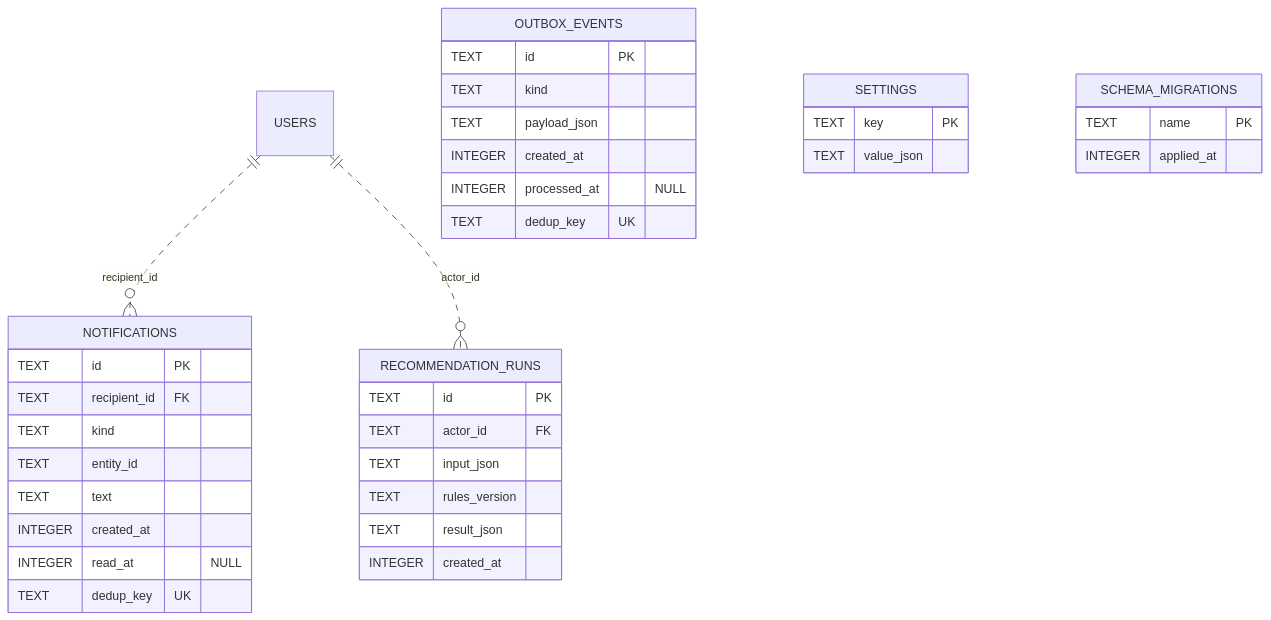
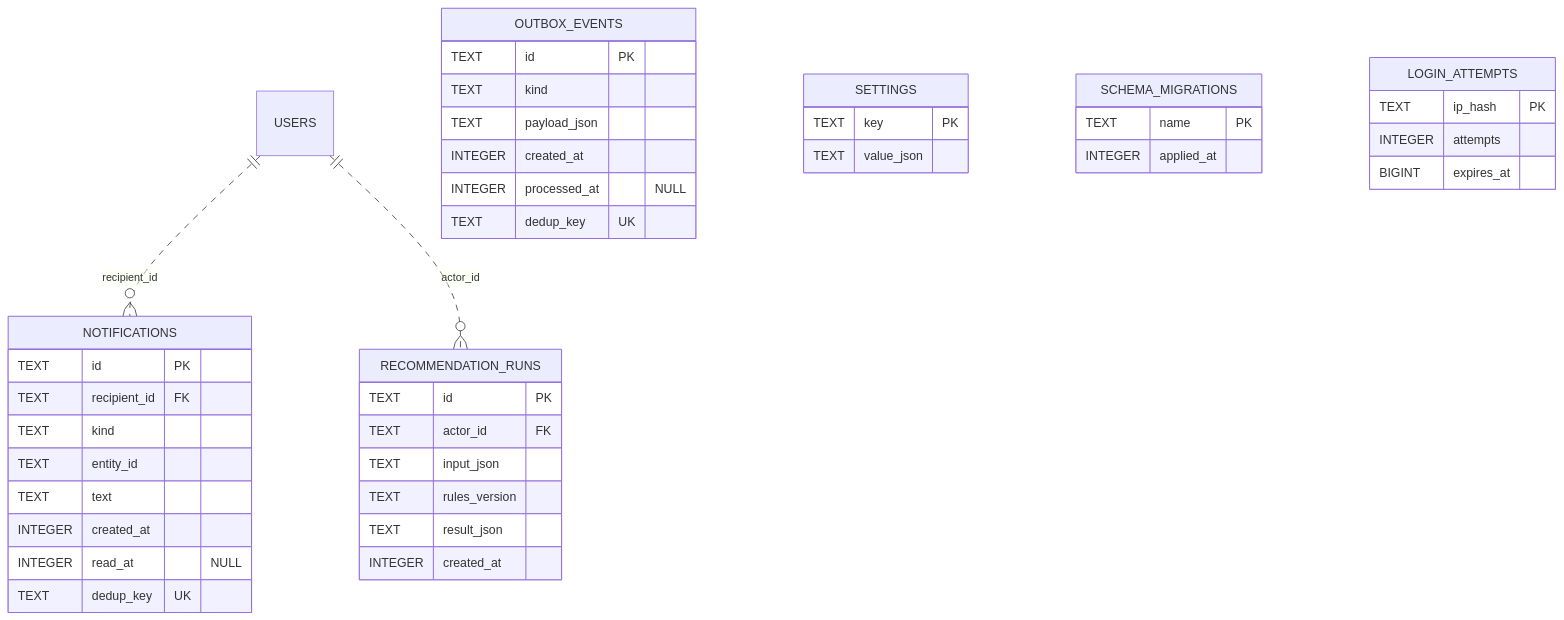
Before and after one commit to Witryx/Forester: the seventh of 7 diagrams in docs/erd.md, drawn with Mermaid. The commit also changed other lines of this file and 22 other files, not shown here.

````diff
--- a/docs/erd.md
+++ b/docs/erd.md
@@ -356,39 +358,44 @@
 ```mermaid
 erDiagram
     USERS ||..o{ NOTIFICATIONS : "recipient_id"
     NOTIFICATIONS {
         TEXT id PK
         TEXT recipient_id FK
         TEXT kind
         TEXT entity_id
         TEXT text
         INTEGER created_at
         INTEGER read_at "NULL"
         TEXT dedup_key UK
     }
     OUTBOX_EVENTS {
         TEXT id PK
         TEXT kind
         TEXT payload_json
         INTEGER created_at
         INTEGER processed_at "NULL"
         TEXT dedup_key UK
     }
     USERS ||..o{ RECOMMENDATION_RUNS : "actor_id"
     RECOMMENDATION_RUNS {
         TEXT id PK
         TEXT actor_id FK
         TEXT input_json
         TEXT rules_version
         TEXT result_json
         INTEGER created_at
     }
     SETTINGS {
         TEXT key PK
         TEXT value_json
     }
     SCHEMA_MIGRATIONS {
         TEXT name PK
         INTEGER applied_at
     }
+    LOGIN_ATTEMPTS {
+        TEXT ip_hash PK
+        INTEGER attempts
+        BIGINT expires_at
+    }
 ```
````
